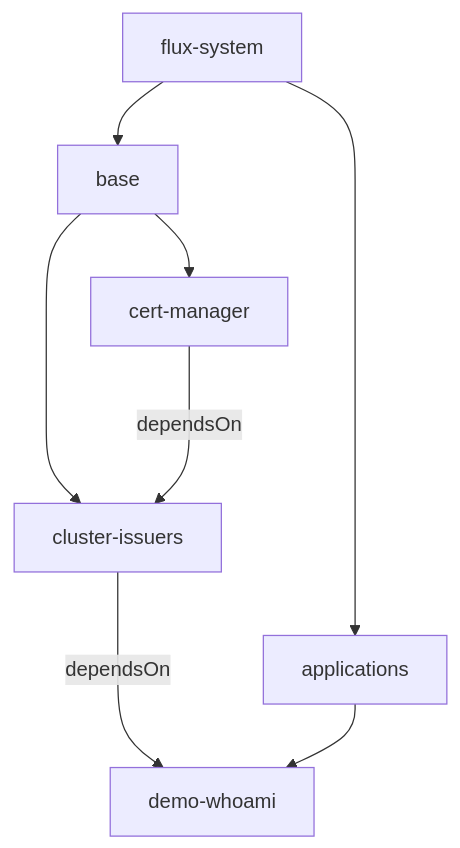
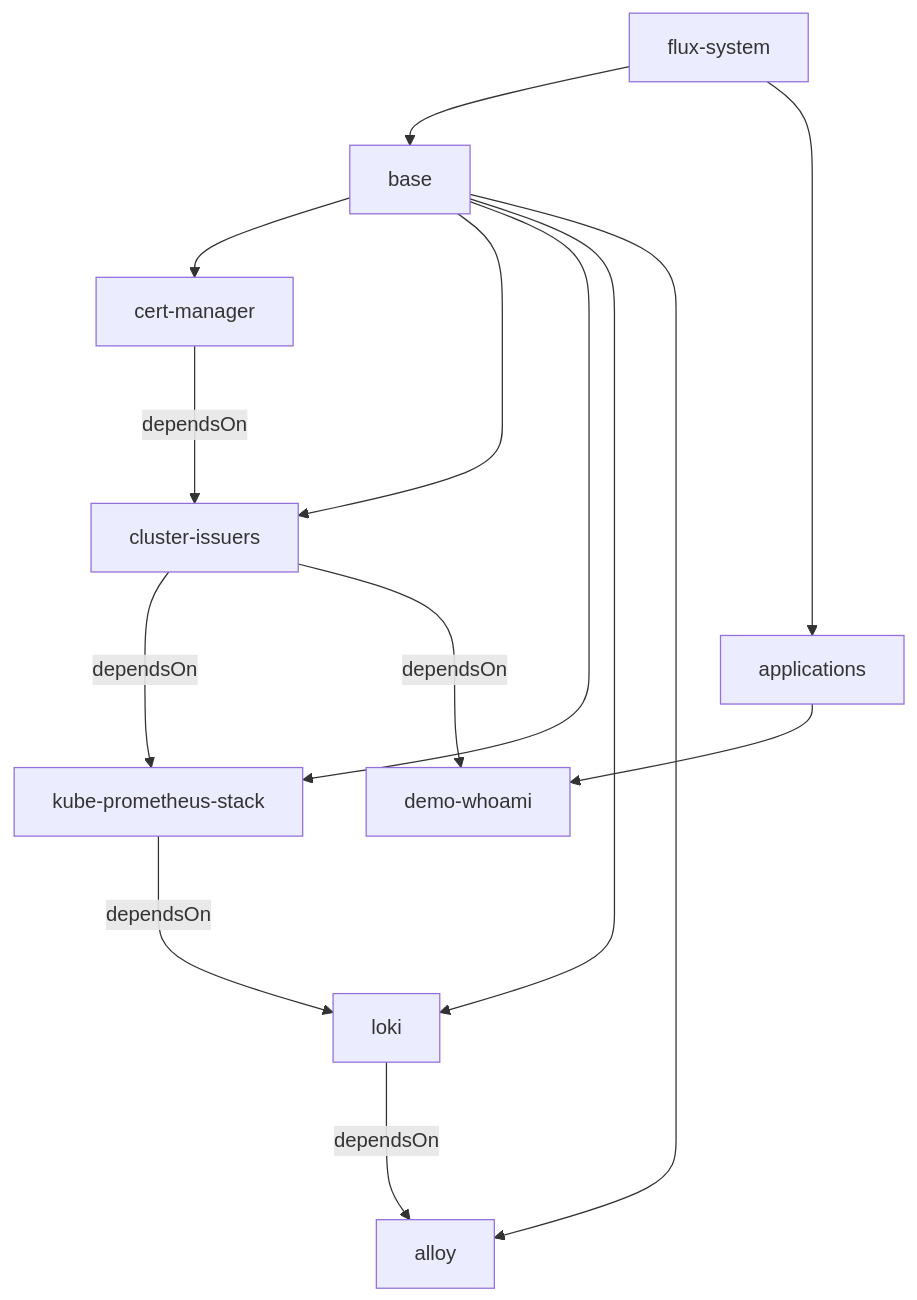
The diagram in manifest/flux-system/README.md (FabianCh/poc-ai4ops), drawn with Mermaid before and after one commit. The commit also changed 16 other files, not shown here.

First line of the commit message:
feat(monitoring): stack d'observabilité Prometheus/Alertmanager + Loki

````diff
--- a/manifest/flux-system/README.md
+++ b/manifest/flux-system/README.md
@@ -35,10 +35,16 @@
 ```mermaid
 flowchart TD
     flux-system --> base
     flux-system --> applications
     base --> cert-manager
     base --> cluster-issuers
+    base --> kube-prometheus-stack
+    base --> loki
+    base --> alloy
     cert-manager ---> |dependsOn| cluster-issuers
+    cluster-issuers ---> |dependsOn| kube-prometheus-stack
+    kube-prometheus-stack ---> |dependsOn| loki
+    loki ---> |dependsOn| alloy
     cluster-issuers ---> |dependsOn| demo-whoami
     applications --> demo-whoami
 ```
````
